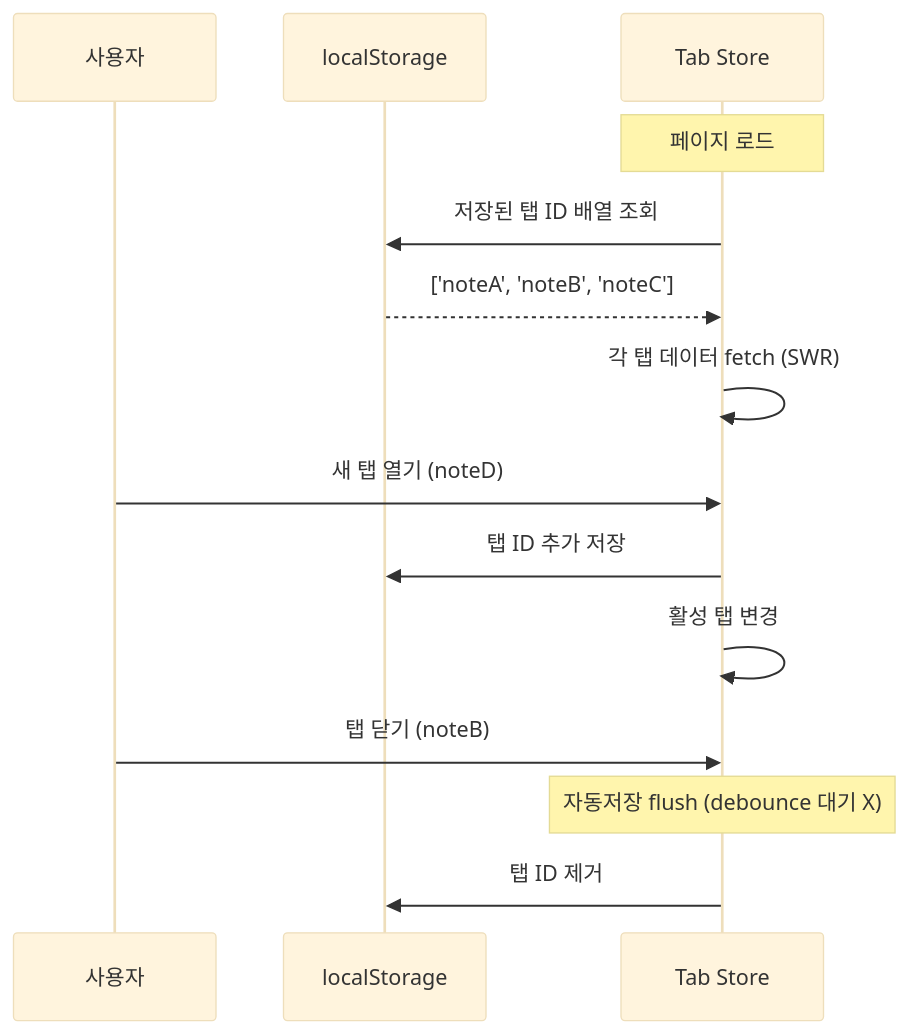
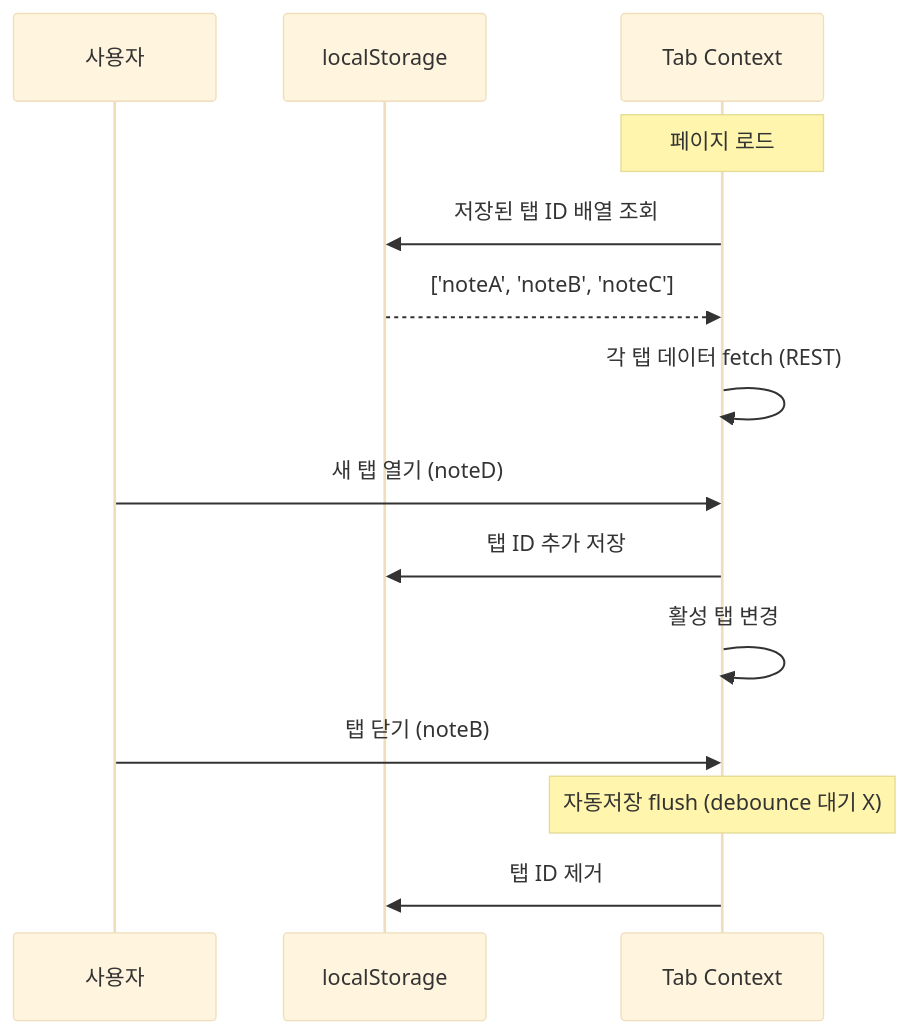
The fourth of 4 diagrams in 03_설계/시스템_아키텍처.md (GC-Five-Guys/Docs), drawn with Mermaid (base theme) before and after one commit. The commit also changed other lines of this file and 10 other files, not shown here.

````diff
--- a/03_설계/시스템_아키텍처.md
+++ b/03_설계/시스템_아키텍처.md
@@ -356,19 +544,19 @@
 ```mermaid
 sequenceDiagram
     participant U as 사용자
     participant LS as localStorage
-    participant TS as Tab Store
+    participant TS as Tab Context
 
     Note over TS: 페이지 로드
     TS->>LS: 저장된 탭 ID 배열 조회
     LS-->>TS: ['noteA', 'noteB', 'noteC']
-    TS->>TS: 각 탭 데이터 fetch (SWR)
+    TS->>TS: 각 탭 데이터 fetch (REST)
 
     U->>TS: 새 탭 열기 (noteD)
     TS->>LS: 탭 ID 추가 저장
     TS->>TS: 활성 탭 변경
 
     U->>TS: 탭 닫기 (noteB)
     Note over TS: 자동저장 flush (debounce 대기 X)
     TS->>LS: 탭 ID 제거
 ```
````
